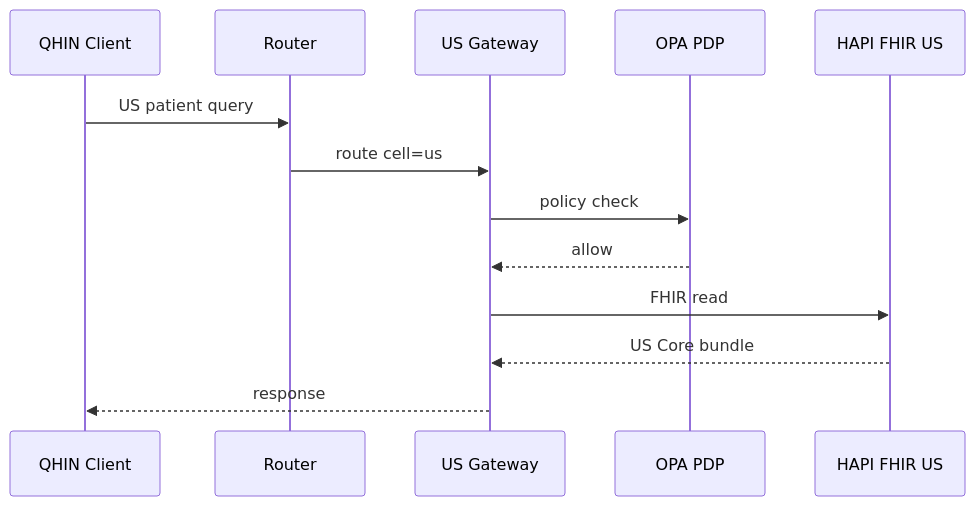
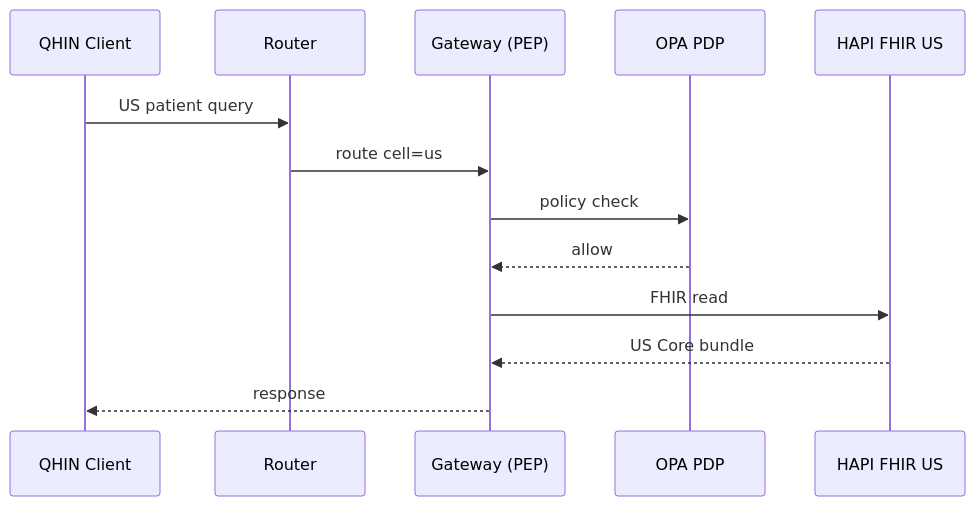
Before and after one commit to SafetyMP/Healthcare-Data-Exchange: the third of 6 diagrams in docs/architecture/data-flows.md, drawn with Mermaid. The commit also changed other lines of this file and 9 other files, not shown here.

First line of the commit message:
docs: align README and architecture docs with portfolio audit (#18)

````diff
--- a/docs/architecture/data-flows.md
+++ b/docs/architecture/data-flows.md
@@ -64,16 +66,16 @@
 ```mermaid
 sequenceDiagram
   participant Q as QHIN Client
   participant R as Router
-  participant G as US Gateway
+  participant G as Gateway (PEP)
   participant O as OPA PDP
   participant F as HAPI FHIR US
 
   Q->>R: US patient query
   R->>G: route cell=us
   G->>O: policy check
   O-->>G: allow
   G->>F: FHIR read
   F-->>G: US Core bundle
   G-->>Q: response
 ```
````
